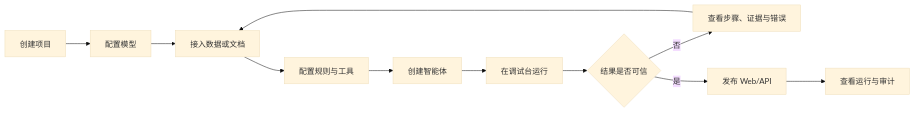
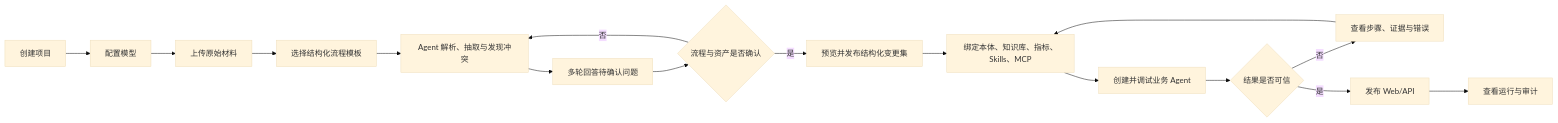
One commit to tianqi0514/aidp changed the first of 3 diagrams in docs/PRD.md. Above: the diagram before and after it, drawn with Mermaid (base theme). The commit also changed other lines of this file and 2 other files, not shown here.

````diff
--- a/docs/PRD.md
+++ b/docs/PRD.md
@@ -139,13 +153,18 @@
 ```mermaid
 flowchart LR
     A["创建项目"] --> B["配置模型"]
-    B --> C["接入数据或文档"]
-    C --> D["配置规则与工具"]
-    D --> E["创建智能体"]
-    E --> F["在调试台运行"]
-    F --> G{"结果是否可信"}
-    G -- "否" --> H["查看步骤、证据与错误"]
-    H --> C
-    G -- "是" --> I["发布 Web/API"]
-    I --> J["查看运行与审计"]
+    B --> C["上传原始材料"]
+    C --> D["选择结构化流程模板"]
+    D --> E["Agent 解析、抽取与发现冲突"]
+    E --> F["多轮回答待确认问题"]
+    F --> G{"流程与资产是否确认"}
+    G -- "否" --> E
+    G -- "是" --> H["预览并发布结构化变更集"]
+    H --> I["绑定本体、知识库、指标、Skills、MCP"]
+    I --> J["创建并调试业务 Agent"]
+    J --> K{"结果是否可信"}
+    K -- "否" --> L["查看步骤、证据与错误"]
+    L --> I
+    K -- "是" --> M["发布 Web/API"]
+    M --> N["查看运行与审计"]
 ```
````
